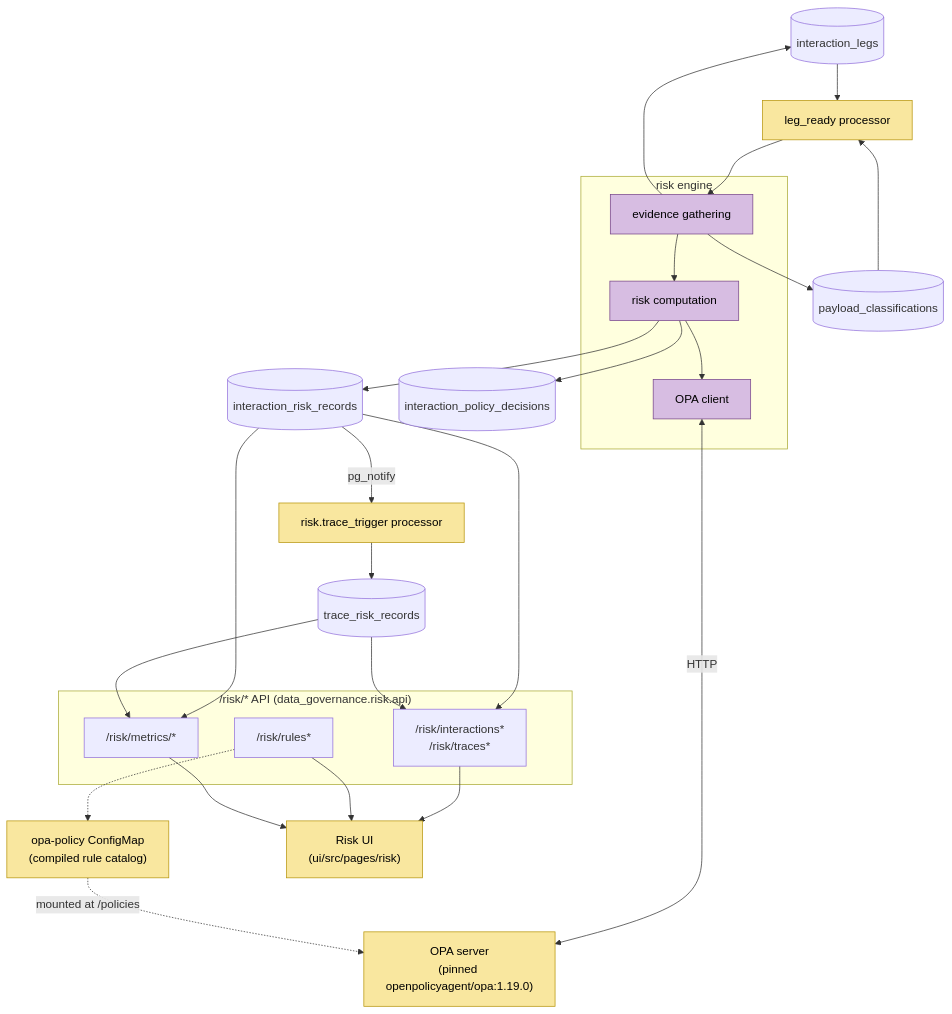
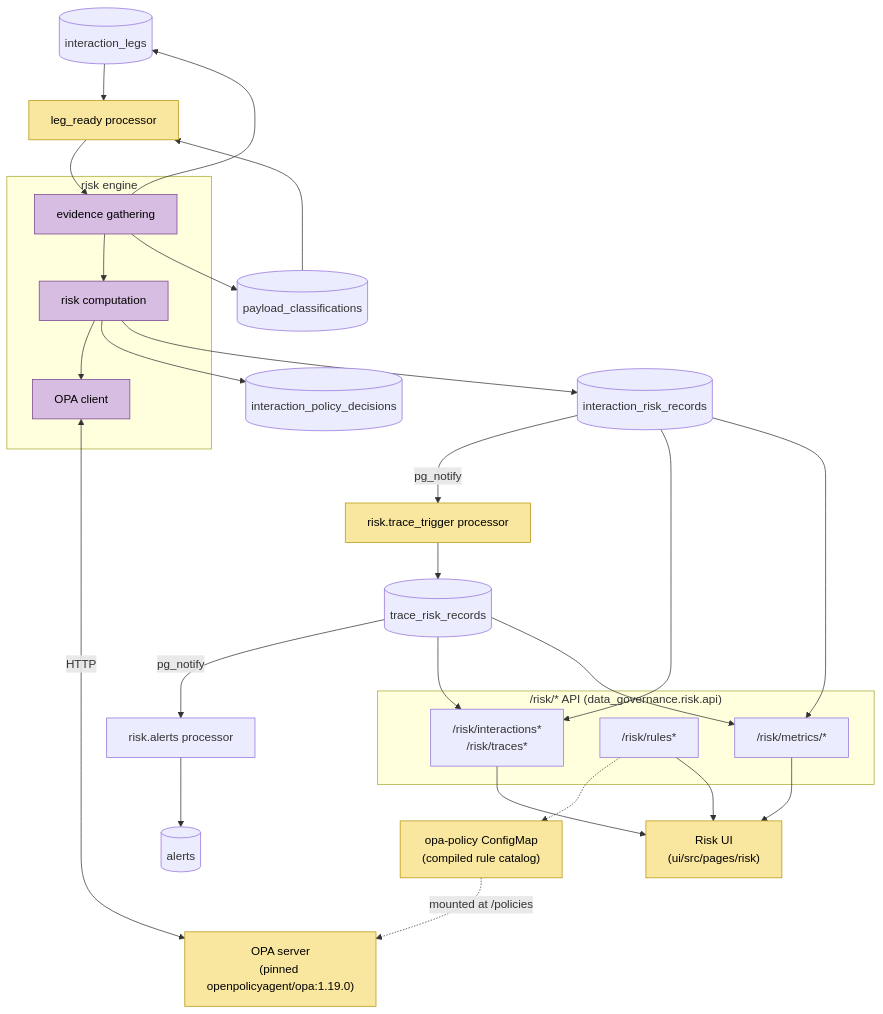
One commit to rossoctl/lab-data-governance changed the diagram in data_governance/risk/README.md. Above: the diagram before and after it, drawn with Mermaid. The commit also changed other lines of this file and 23 other files, not shown here.

````diff
--- a/data_governance/risk/README.md
+++ b/data_governance/risk/README.md
@@ -14,57 +14,62 @@
 ```mermaid
 flowchart TB
     legs[("interaction_legs")]
     payloads[("payload_classifications")]
 
     LEGREADY["leg_ready processor"]
 
     subgraph engine["risk engine"]
         EVID["evidence gathering"]
         COMP["risk computation"]
         OPAC["OPA client"]
     end
 
     OPA["OPA server\n(pinned openpolicyagent/opa:1.19.0)"]
     BUNDLE["opa-policy ConfigMap\n(compiled rule catalog)"]
 
     IPD[("interaction_policy_decisions")]
     IRR[("interaction_risk_records")]
 
     TRACETRIGGER["risk.trace_trigger processor"]
 
     TRR[("trace_risk_records")]
 
+    ALERTSP["risk.alerts processor"]
+
+    ALERTS[("alerts")]
+
     subgraph api["/risk/* API (data_governance.risk.api)"]
         RROUTES["/risk/interactions*\n/risk/traces*"]
         RULES["/risk/rules*"]
         METRICS["/risk/metrics/*"]
     end
 
     UI["Risk UI\n(ui/src/pages/risk)"]
 
     legs --> LEGREADY
     payloads --> LEGREADY
     LEGREADY --> EVID --> COMP
     EVID --> legs
     EVID --> payloads
     COMP --> OPAC
     OPAC <-->|HTTP| OPA
     BUNDLE -.->|mounted at /policies| OPA
     COMP --> IPD
     COMP --> IRR
     IRR -->|pg_notify| TRACETRIGGER --> TRR
+    TRR -->|pg_notify| ALERTSP --> ALERTS
 
     IRR --> RROUTES
     TRR --> RROUTES
     RULES -.-> BUNDLE
     IRR --> METRICS
     TRR --> METRICS
     RROUTES --> UI
     RULES --> UI
     METRICS --> UI
 
     classDef component fill:#f9e79f,stroke:#b7950b,color:#000
     classDef enginebox fill:#d7bde2,stroke:#76448a,color:#000
     class LEGREADY,TRACETRIGGER,OPA,BUNDLE,UI component
     class EVID,COMP,OPAC enginebox
 ```
````
